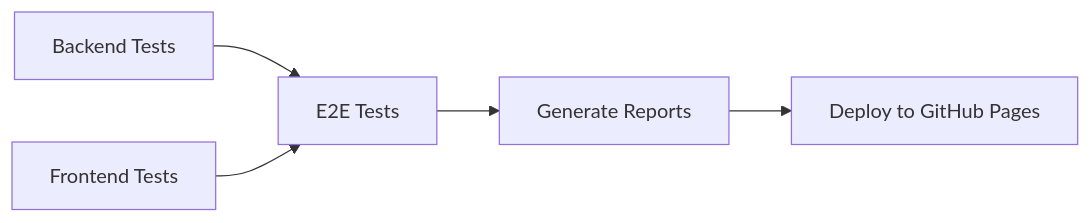
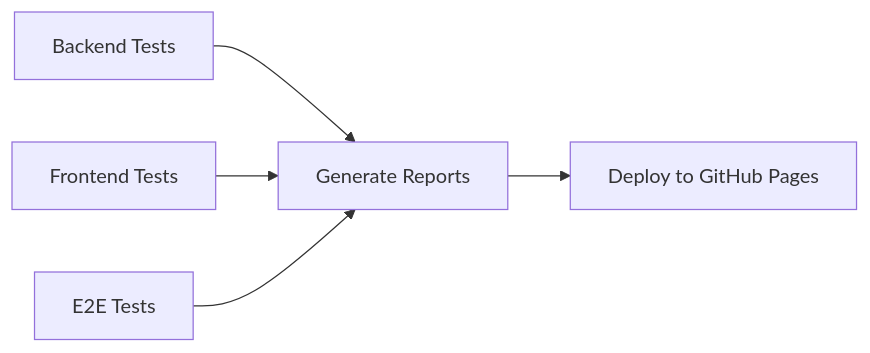
Before and after one commit to nora-berth/Pet-tracker: the diagram in README.md, drawn with Mermaid. The commit also changed other lines of this file, not shown here.

Commit message:
Change diagram and add workflows link in README (#30)

````diff
--- a/README.md
+++ b/README.md
@@ -53,7 +53,7 @@
 ```mermaid
 graph LR
-    A[Backend Tests] --> D[E2E Tests]
+    A[Backend Tests] --> D[Generate Reports]
     B[Frontend Tests] --> D
-    D --> E[Generate Reports]
-    E --> F[Deploy to GitHub Pages]
+    C[E2E Tests] --> D
+    D --> E[Deploy to GitHub Pages]
 ```
````
